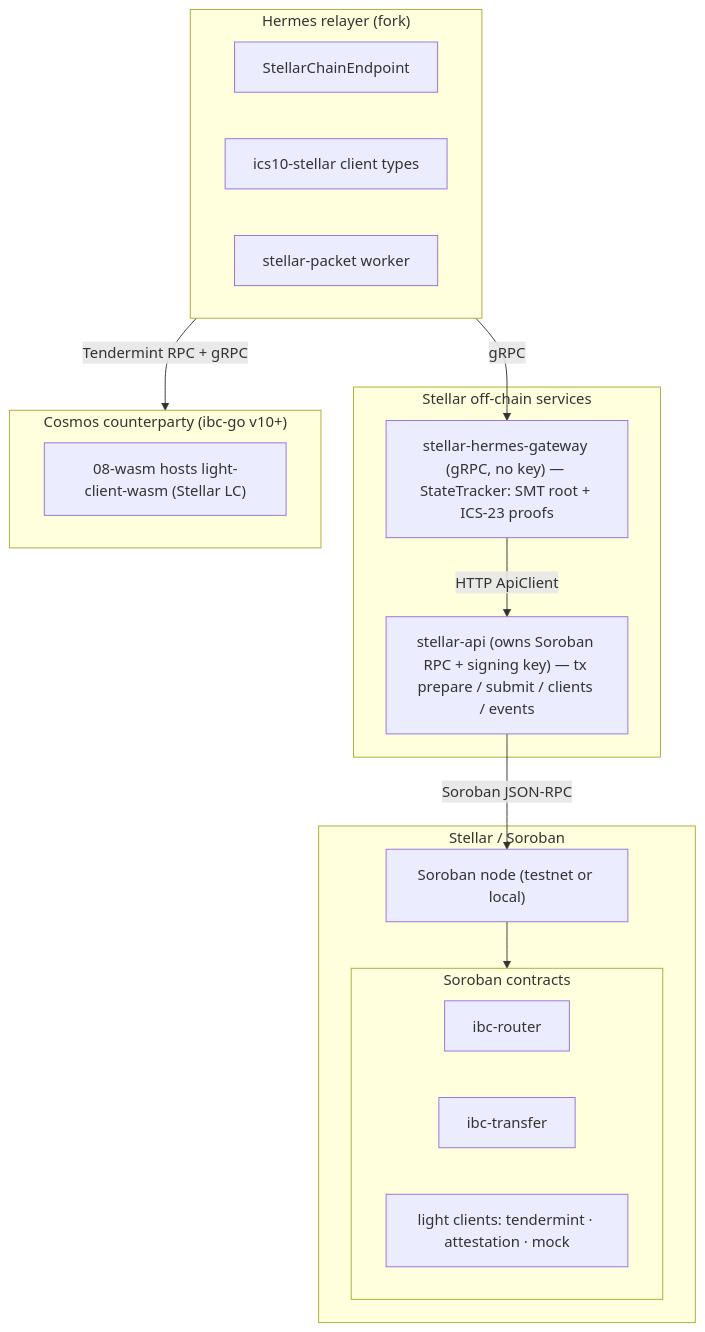
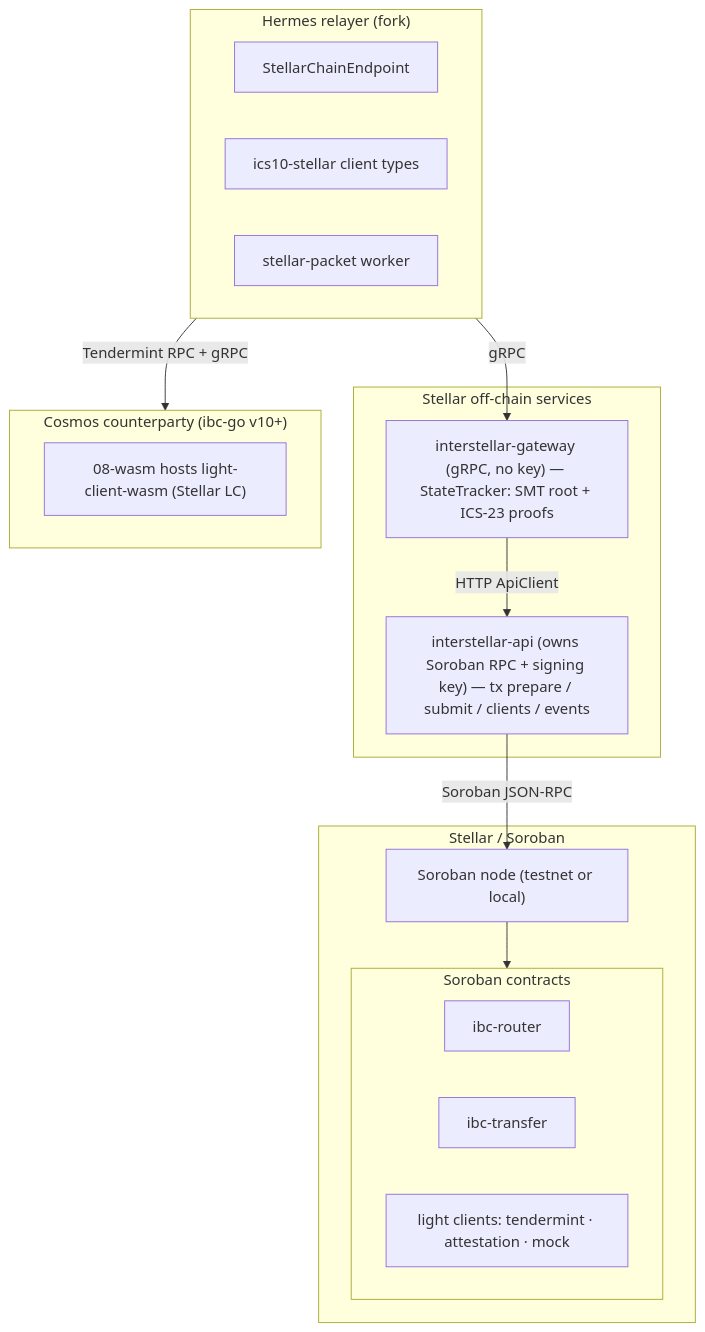
One commit to amandagonsalves/sdf-ibc-proposal changed the first of 6 diagrams in architecture.md. Above: the diagram before and after it, drawn with Mermaid. The commit also changed other lines of this file and 14 other files, not shown here.

````diff
--- a/architecture.md
+++ b/architecture.md
@@ -316,32 +449,32 @@
 ```mermaid
 flowchart TB
     subgraph Relayer["Hermes relayer (fork)"]
         EP["StellarChainEndpoint"]
         IC["ics10-stellar client types"]
         WK["stellar-packet worker"]
     end
 
     subgraph StellarSvc["Stellar off-chain services"]
-        GW["stellar-hermes-gateway (gRPC, no key) — StateTracker: SMT root + ICS-23 proofs"]
-        API["stellar-api (owns Soroban RPC + signing key) — tx prepare / submit / clients / events"]
+        GW["interstellar-gateway (gRPC, no key) — StateTracker: SMT root + ICS-23 proofs"]
+        API["interstellar-api (owns Soroban RPC + signing key) — tx prepare / submit / clients / events"]
     end
 
     subgraph StellarChain["Stellar / Soroban"]
         SOR["Soroban node (testnet or local)"]
         subgraph Contracts["Soroban contracts"]
             RT["ibc-router"]
             TR["ibc-transfer"]
             LC["light clients: tendermint · attestation · mock"]
         end
     end
 
     subgraph Cosmos["Cosmos counterparty (ibc-go v10+)"]
         WASM["08-wasm hosts light-client-wasm (Stellar LC)"]
     end
 
     Relayer -->|gRPC| GW
     Relayer -->|Tendermint RPC + gRPC| Cosmos
     GW -->|HTTP ApiClient| API
     API -->|Soroban JSON-RPC| SOR
     SOR --> Contracts
 ```
````
